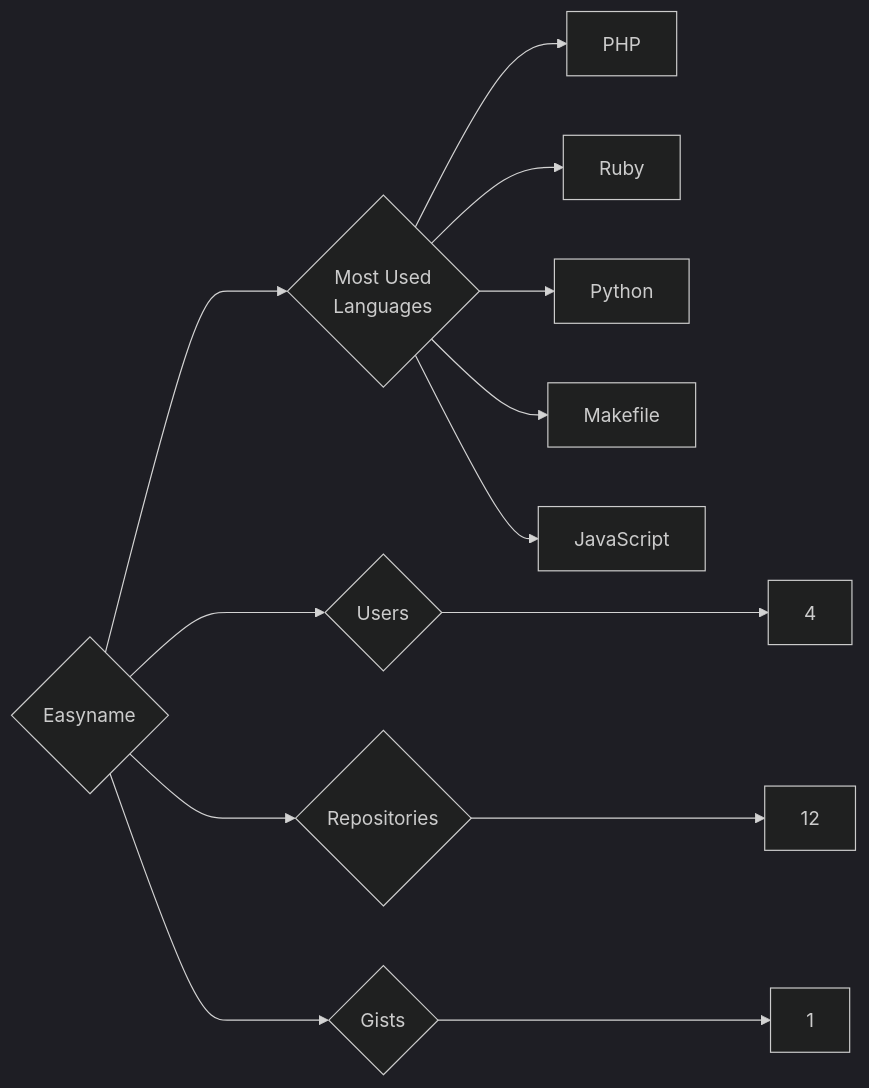
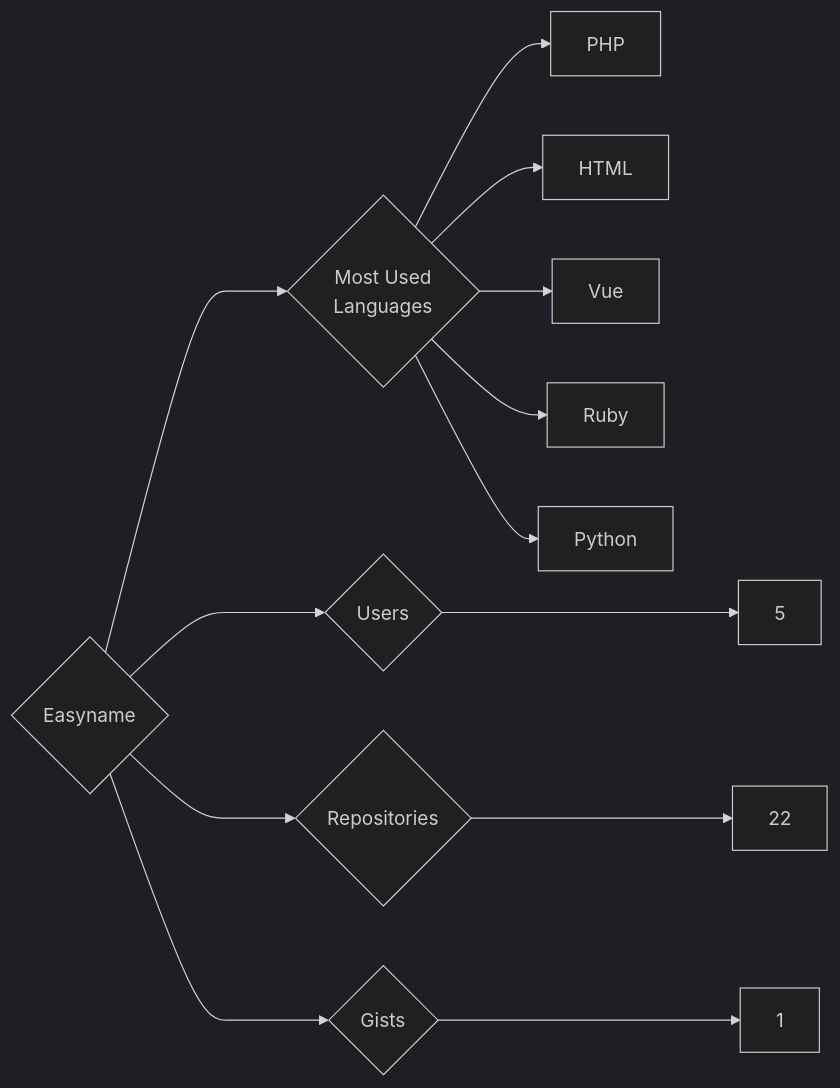
One commit to trickest/insiders changed the diagram in targets/Easyname/README.md. Above: the diagram before and after it, drawn with Mermaid (dark theme). The commit also changed 749 other files, not shown here.

````diff
--- a/targets/Easyname/README.md
+++ b/targets/Easyname/README.md
@@ -3,13 +3,13 @@
 ```mermaid
 graph LR
 COMPANY_NAME{Easyname}
-COMPANY_NAME ---> U{Users} ---> UN[4]
-COMPANY_NAME ---> R{Repositories} ---> RN[12]
+COMPANY_NAME ---> U{Users} ---> UN[5]
+COMPANY_NAME ---> R{Repositories} ---> RN[22]
 COMPANY_NAME ---> G{Gists} ---> GN[1]
 COMPANY_NAME ---> ML{Most Used<br>Languages}
 ML --> PHP[PHP]
+ML --> HTML[HTML]
+ML --> Vue[Vue]
 ML --> Ruby[Ruby]
 ML --> Python[Python]
-ML --> Makefile[Makefile]
-ML --> JavaScript[JavaScript]
 ```
````
